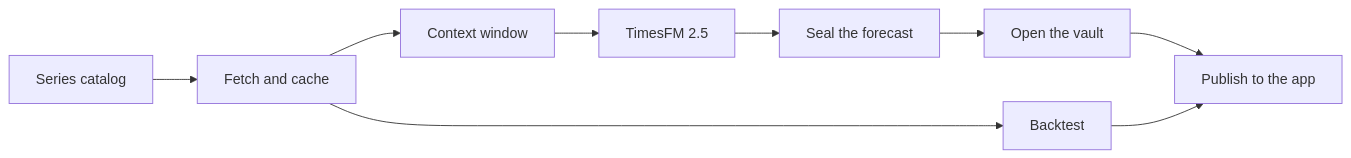
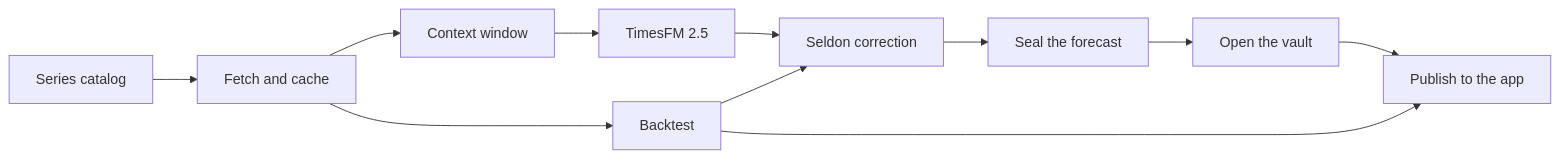
Before and after one commit to Normansrule/world-predictor: the diagram in docs/ARCHITECTURE.md, drawn with Mermaid. The commit also changed other lines of this file and 61 other files, not shown here.

````diff
--- a/docs/ARCHITECTURE.md
+++ b/docs/ARCHITECTURE.md
@@ -9,19 +9,22 @@
 ```mermaid
 flowchart LR
   catalog[Series catalog]
   fetch[Fetch and cache]
   context[Context window]
   model[TimesFM 2.5]
+  seldon[Seldon correction]
   seal[Seal the forecast]
   score[Open the vault]
   backtest[Backtest]
   publish[Publish to the app]
   catalog --> fetch
   fetch --> context
   context --> model
-  model --> seal
+  model --> seldon
+  seldon --> seal
   seal --> score
   score --> publish
   fetch --> backtest
+  backtest --> seldon
   backtest --> publish
 ```
````
